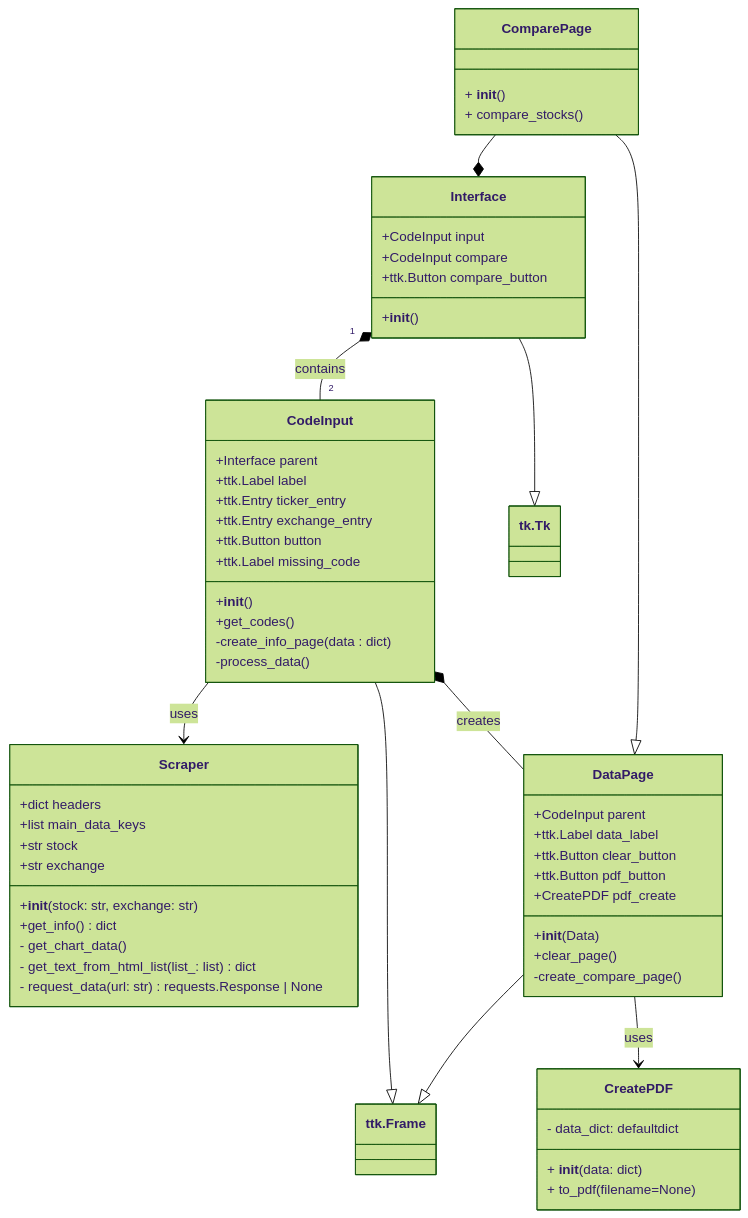
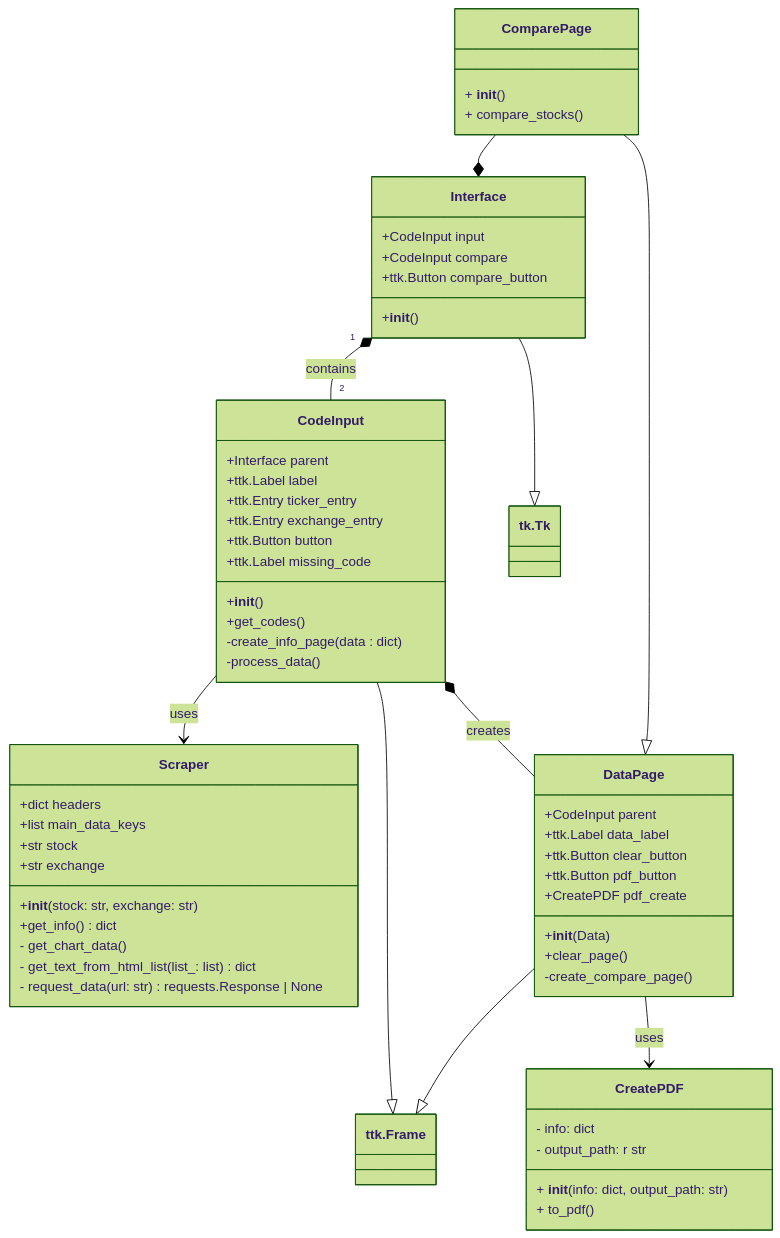
Before and after one commit to AndrevLare/Stock-Dealer: the diagram in README.md, drawn with Mermaid (forest theme).

Commit message:
Class diagram

````diff
--- a/README.md
+++ b/README.md
@@ -13,69 +13,70 @@
 ```mermaid
 
 classDiagram
 
     class Interface {
         +CodeInput input
         +CodeInput compare
         +ttk.Button compare_button
         +__init__()
     }
 
     class CodeInput {
         +Interface parent
         +ttk.Label label
         +ttk.Entry ticker_entry
         +ttk.Entry exchange_entry
         +ttk.Button button
         +ttk.Label missing_code
         +__init__()
         +get_codes()
         -create_info_page(data : dict)
         -process_data()
     }
 
 class Scraper {
         +dict headers
         +list main_data_keys
         +str stock
         +str exchange
         +__init__(stock: str, exchange: str)
         +get_info() dict
         - get_chart_data()
         - get_text_from_html_list(list_: list) dict
         - request_data(url: str) requests.Response | None
     }
 
     class DataPage {
         +CodeInput parent
         +ttk.Label data_label
         +ttk.Button clear_button
         +ttk.Button pdf_button
         +CreatePDF pdf_create
         +__init__(Data)
         +clear_page()
         -create_compare_page()
     }
 
     class ComparePage {
         + __init__()
         + compare_stocks()
     }
 
     class CreatePDF {
-        - data_dict: defaultdict
-        + __init__(data: dict)
-        + to_pdf(filename=None)
+        - info: dict
+        - output_path: r str
+        + __init__(info: dict, output_path: str)
+        + to_pdf()
     }
 
     Interface "1" *-- "2" CodeInput: contains
 
     Interface --|> tk.Tk
     CodeInput --> Scraper: uses
     CodeInput *-- DataPage: creates
     DataPage --> CreatePDF: uses
     CodeInput --|> ttk.Frame
     ComparePage --|> DataPage
     DataPage --|> ttk.Frame
     ComparePage --* Interface
 ```
````
